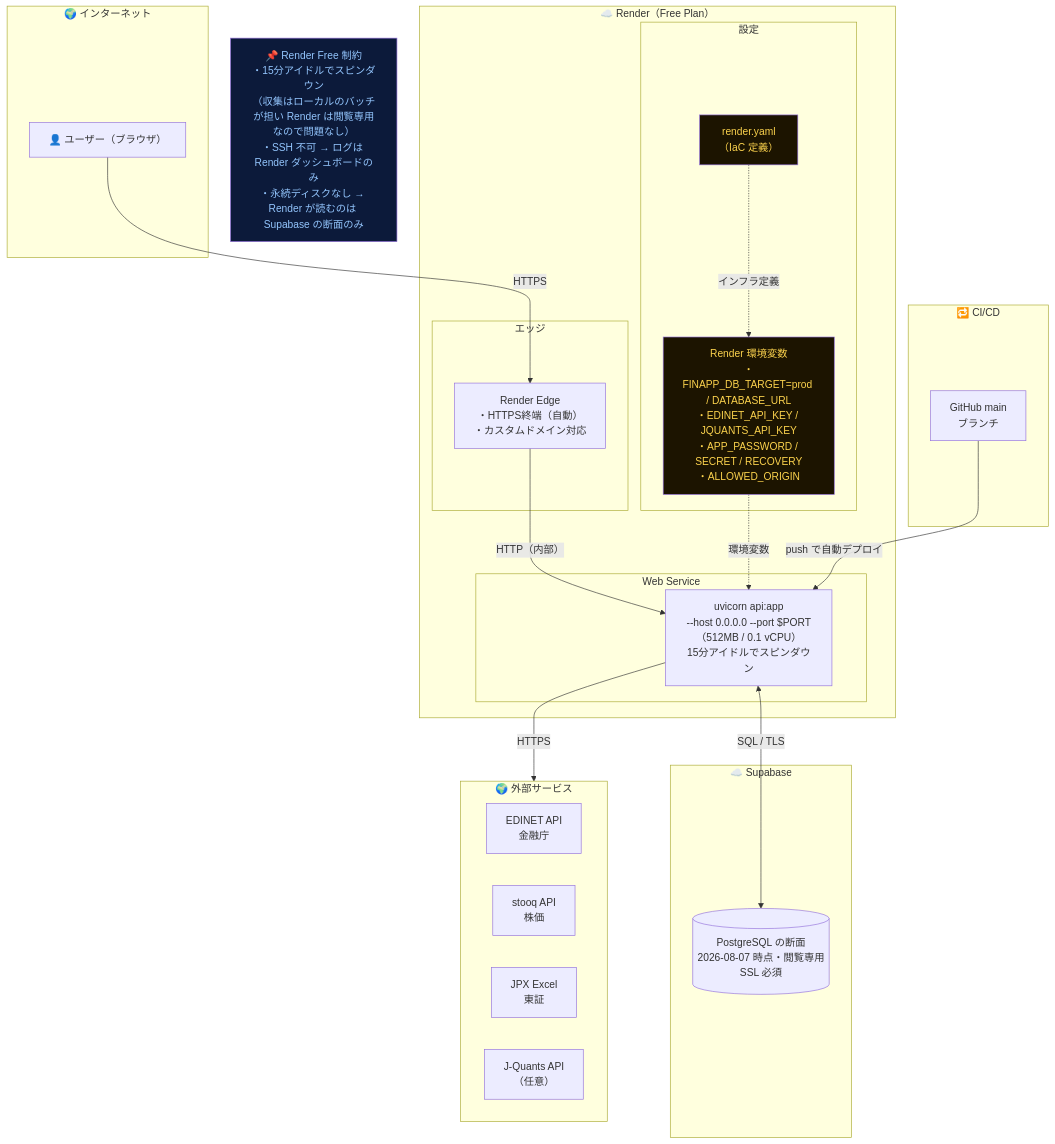
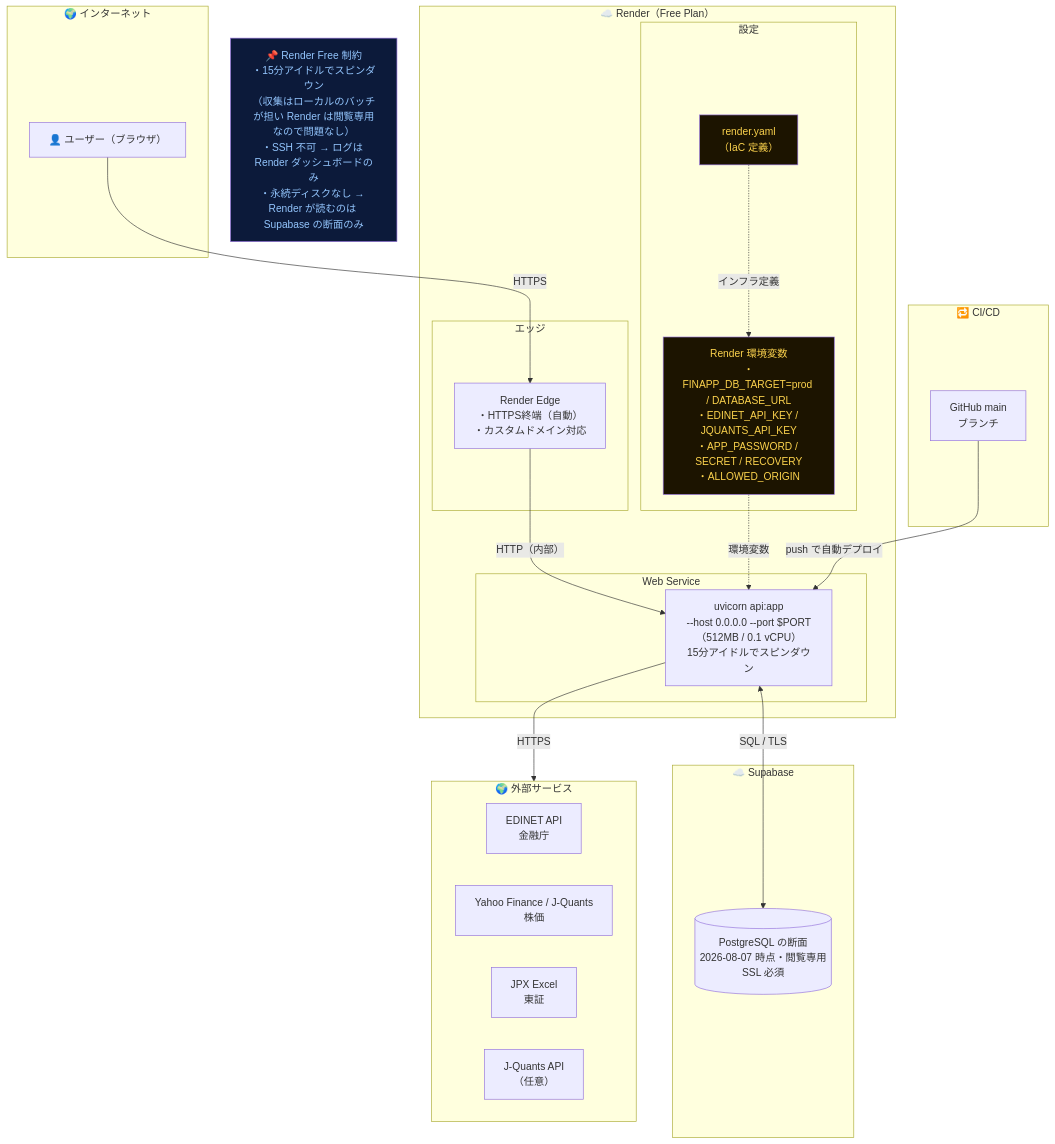
Diagram 12 of 12 in docs/ARCHITECTURE.md (kome-kome/financial_app), drawn with Mermaid before and after one commit. The commit also changed other lines of this file and 18 other files, not shown here.

````diff
--- a/docs/ARCHITECTURE.md
+++ b/docs/ARCHITECTURE.md
@@ -1318,48 +1318,48 @@
 ```mermaid
 graph TB
     subgraph INTERNET["🌍 インターネット"]
         USER["👤 ユーザー（ブラウザ）"]
     end
 
     subgraph RENDER["☁️ Render（Free Plan）"]
         subgraph EDGE["エッジ"]
             EDGE_NODE["Render Edge\n・HTTPS終端（自動）\n・カスタムドメイン対応"]
         end
         subgraph APP["Web Service"]
             UV["uvicorn api:app\n--host 0.0.0.0 --port $PORT\n（512MB / 0.1 vCPU）\n15分アイドルでスピンダウン"]
         end
         subgraph CONFIG["設定"]
             ENV["Render 環境変数\n・FINAPP_DB_TARGET=prod / DATABASE_URL\n・EDINET_API_KEY / JQUANTS_API_KEY\n・APP_PASSWORD / SECRET / RECOVERY\n・ALLOWED_ORIGIN"]
             YAML["render.yaml\n（IaC 定義）"]
         end
     end
 
     subgraph SUPABASE["☁️ Supabase"]
         PG[("PostgreSQL の断面\n2026-08-07 時点・閲覧専用\nSSL 必須")]
     end
 
     subgraph EXT["🌍 外部サービス"]
         EDINET["EDINET API\n金融庁"]
-        STOOQ["stooq API\n株価"]
+        PRICE_API["Yahoo Finance / J-Quants\n株価"]
         JPX["JPX Excel\n東証"]
         JQUANTS["J-Quants API\n（任意）"]
     end
 
     subgraph CICD["🔁 CI/CD"]
         GH["GitHub main\nブランチ"]
     end
 
     USER   -->|"HTTPS"| EDGE_NODE
     EDGE_NODE -->|"HTTP（内部）"| UV
     UV     <-->|"SQL / TLS"| PG
     UV     -->|"HTTPS"| EXT
     ENV    -.->|"環境変数"| UV
     YAML   -.->|"インフラ定義"| ENV
     GH     -->|"push で自動デプロイ"| UV
 
     style ENV fill:#1c1400,color:#fcd34d
     style YAML fill:#1c1400,color:#fcd34d
 
     note1["📌 Render Free 制約\n・15分アイドルでスピンダウン\n（収集はローカルのバッチが担い Render は閲覧専用なので問題なし）\n・SSH 不可 → ログは Render ダッシュボードのみ\n・永続ディスクなし → Render が読むのは Supabase の断面のみ"]
     style note1 fill:#0c1a3a,color:#93c5fd
 ```
````
